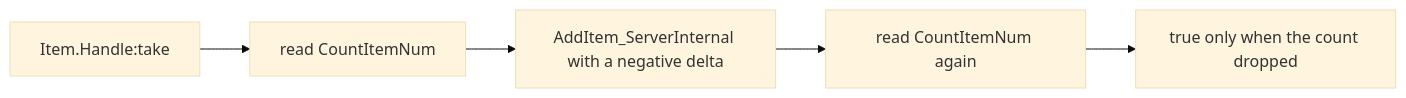
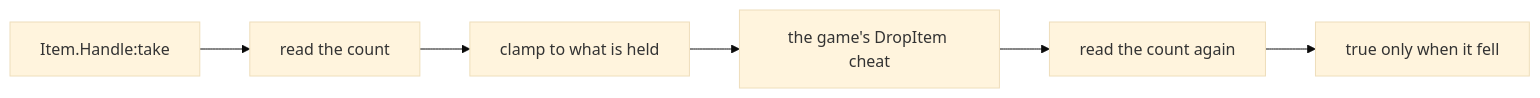
Before and after one commit to dr-mikan/PalForge: the fifth of 5 diagrams in docs/content/docs/api/item.ja.mdx, drawn with Mermaid (base theme). The commit also changed other lines of this file and 41 other files, not shown here.

````diff
--- a/docs/content/docs/api/item.ja.mdx
+++ b/docs/content/docs/api/item.ja.mdx
@@ -428,7 +450,8 @@
 ```mermaid
 flowchart LR
-  A["Item.Handle:take"] --> B["read CountItemNum"]
-  B --> C["AddItem_ServerInternal with a negative delta"]
-  C --> D["read CountItemNum again"]
-  D --> E[true only when the count dropped]
+  A["Item.Handle:take"] --> B["read the count"]
+  B --> C["clamp to what is held"]
+  C --> D["the game's DropItem cheat"]
+  D --> E["read the count again"]
+  E --> F["true only when it fell"]
 ```
````
